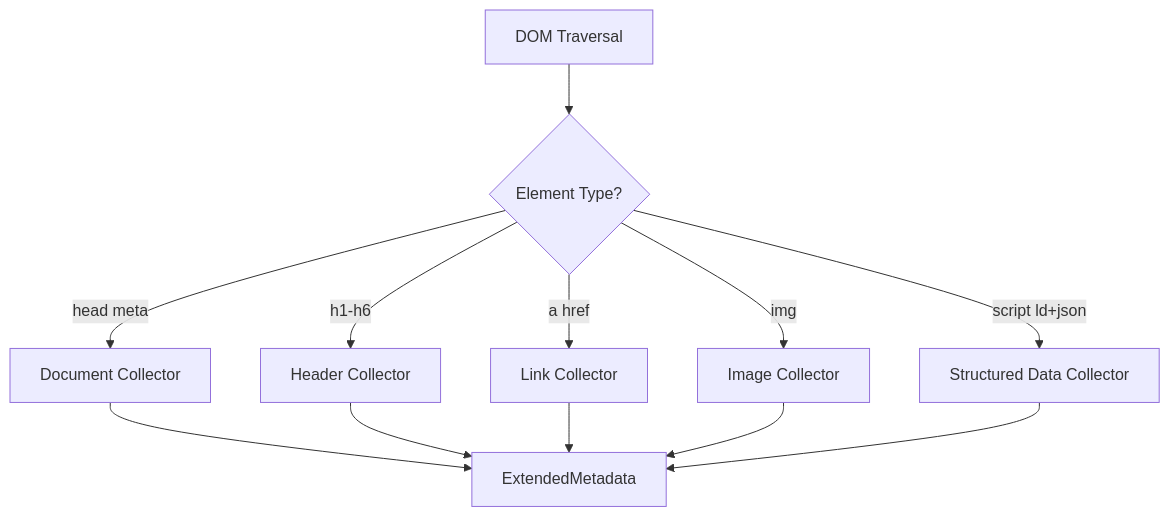
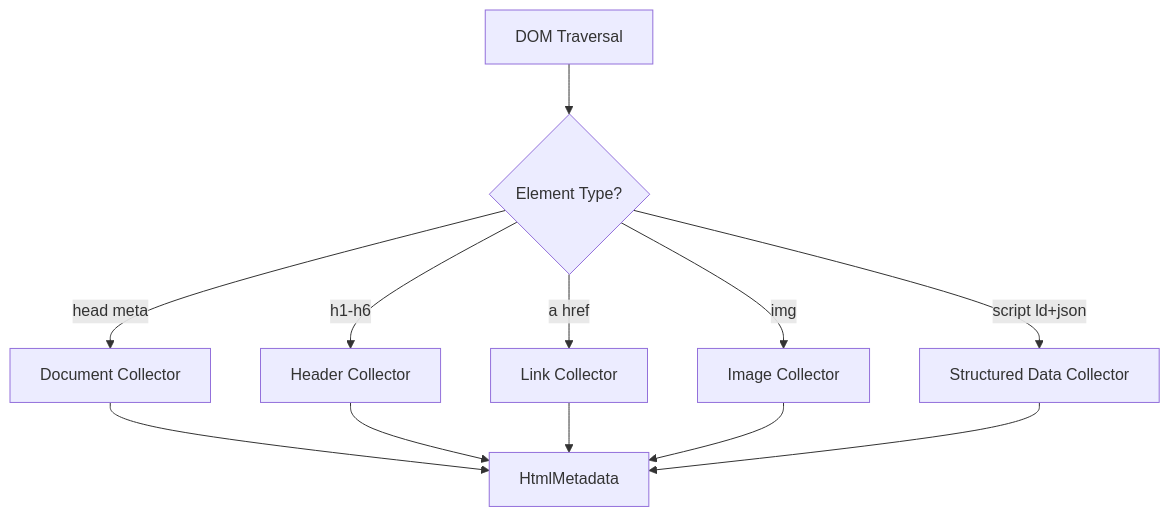
The diagram in docs/concepts/metadata-extraction.md (pratik-mahalle/html-to-markdown), drawn with Mermaid before and after one commit. The commit also changed other lines of this file and 51 other files, not shown here.

First line of the commit message:
feat: define v3 core types and rename ExtendedMetadata to HtmlMetadata

````diff
--- a/docs/concepts/metadata-extraction.md
+++ b/docs/concepts/metadata-extraction.md
@@ -81,14 +81,14 @@
 ```mermaid
 graph TD
     A[DOM Traversal] --> B{Element Type?}
     B -->|head meta| C[Document Collector]
     B -->|h1-h6| D[Header Collector]
     B -->|a href| E[Link Collector]
     B -->|img| F[Image Collector]
     B -->|script ld+json| G[Structured Data Collector]
-    C --> H[ExtendedMetadata]
+    C --> H[HtmlMetadata]
     D --> H
     E --> H
     F --> H
     G --> H
 ```
````
